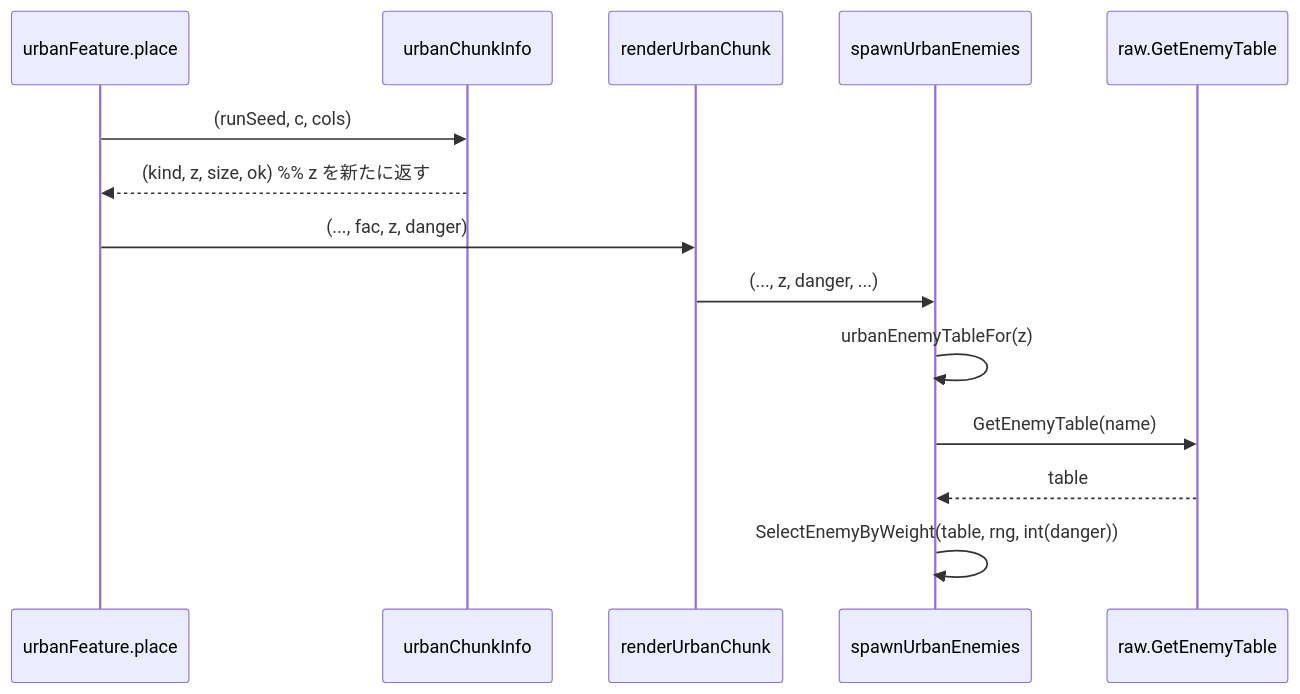
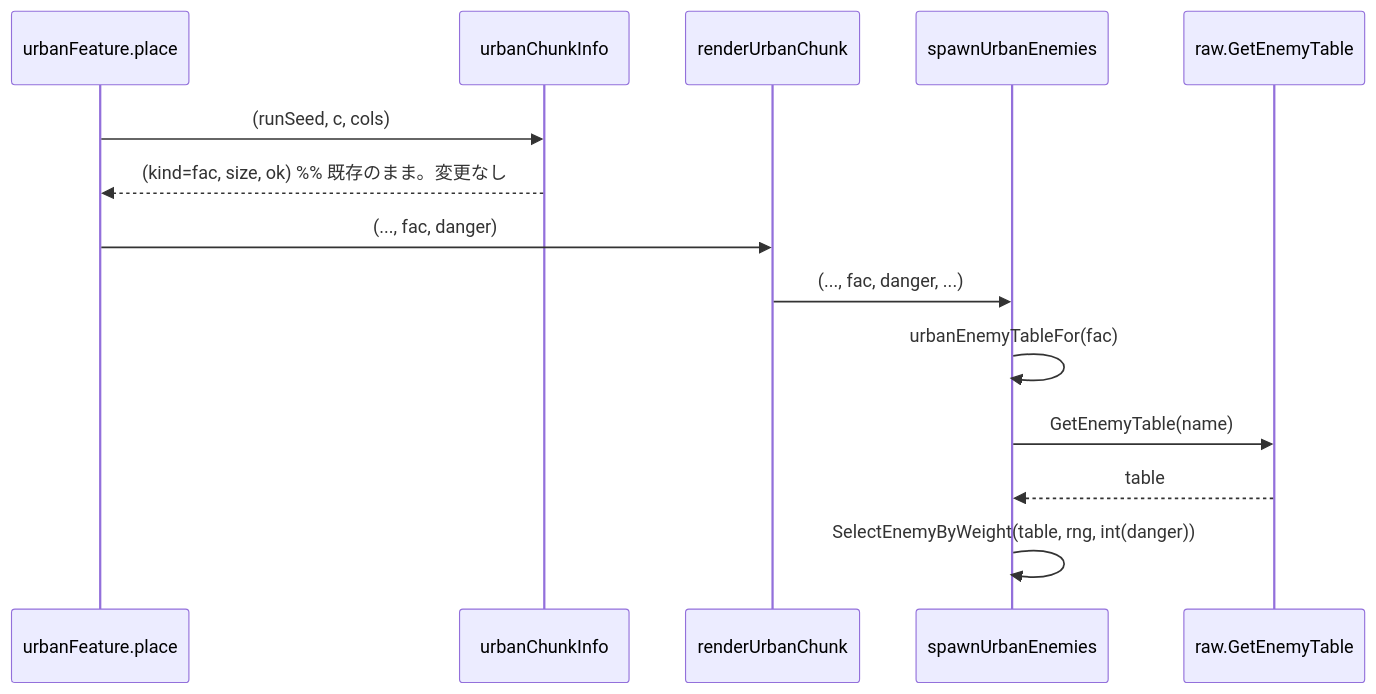
The second of 2 diagrams in docs/design/260924111008.md (kijimad/ruins), drawn with Mermaid before and after one commit. The commit also changed other lines of this file and 1 other file, not shown here.

````diff
--- a/docs/design/260924111008.md
+++ b/docs/design/260924111008.md
@@ -73,17 +76,17 @@
 ```mermaid
 sequenceDiagram
   participant place as urbanFeature.place
   participant info as urbanChunkInfo
   participant render as renderUrbanChunk
   participant spawn as spawnUrbanEnemies
   participant raw as raw.GetEnemyTable
 
   place->>info: (runSeed, c, cols)
-  info-->>place: (kind, z, size, ok)  %% z を新たに返す
-  place->>render: (..., fac, z, danger)
-  render->>spawn: (..., z, danger, ...)
-  spawn->>spawn: urbanEnemyTableFor(z)
+  info-->>place: (kind=fac, size, ok)  %% 既存のまま。変更なし
+  place->>render: (..., fac, danger)
+  render->>spawn: (..., fac, danger, ...)
+  spawn->>spawn: urbanEnemyTableFor(fac)
   spawn->>raw: GetEnemyTable(name)
   raw-->>spawn: table
   spawn->>spawn: SelectEnemyByWeight(table, rng, int(danger))
 ```
````
